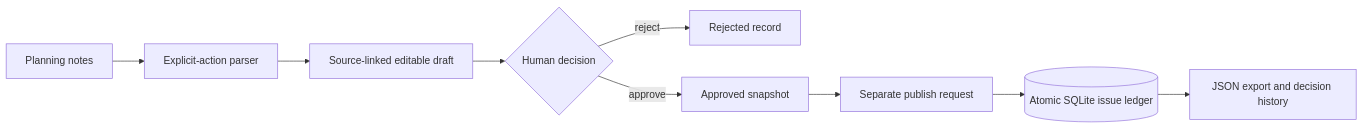
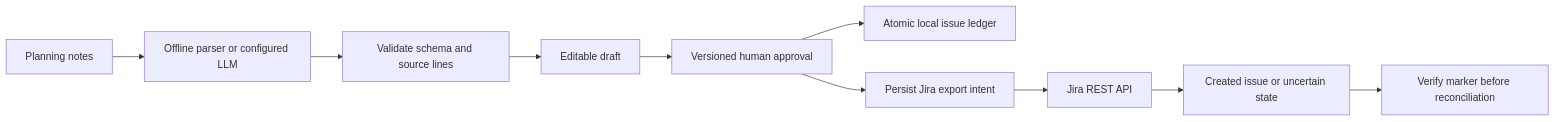
The diagram in README.md (dgexplores/sprint-ledger), drawn with Mermaid before and after one commit. The commit also changed other lines of this file and 6 other files, not shown here.

Commit message:
Add source-grounded AI proposals and guarded replay-safe Jira export

````diff
--- a/README.md
+++ b/README.md
@@ -83,11 +81,12 @@
 ```mermaid
 flowchart LR
-  Notes[Planning notes] --> Parser[Explicit-action parser]
-  Parser --> Draft[Source-linked editable draft]
-  Draft --> Review{Human decision}
-  Review -->|reject| Rejected[Rejected record]
-  Review -->|approve| Approved[Approved snapshot]
-  Approved --> Publish[Separate publish request]
-  Publish --> SQL[(Atomic SQLite issue ledger)]
-  SQL --> Export[JSON export and decision history]
+  Notes[Planning notes] --> Extract[Offline parser or configured LLM]
+  Extract --> Evidence[Validate schema and source lines]
+  Evidence --> Draft[Editable draft]
+  Draft --> Review[Versioned human approval]
+  Review --> Local[Atomic local issue ledger]
+  Review --> Intent[Persist Jira export intent]
+  Intent --> Jira[Jira REST API]
+  Jira --> Result[Created issue or uncertain state]
+  Result --> Reconcile[Verify marker before reconciliation]
 ```
````
